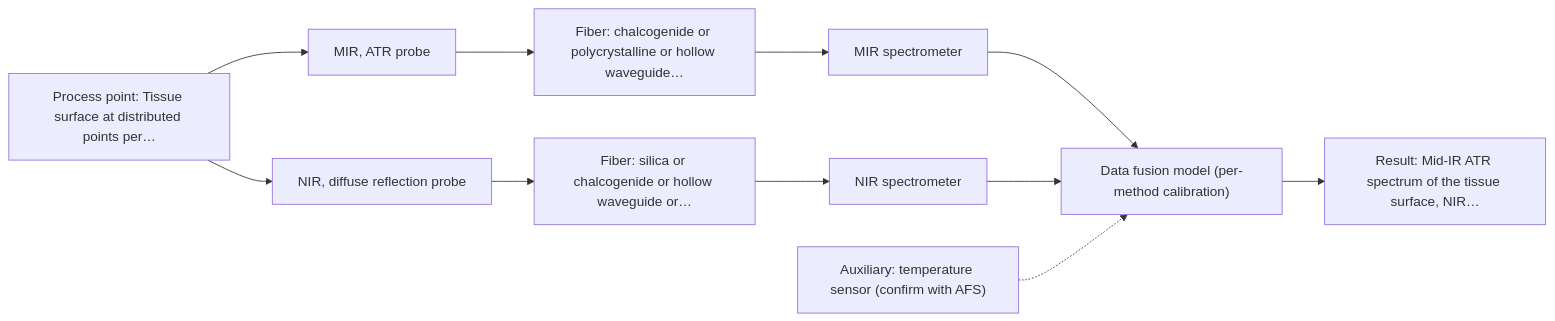
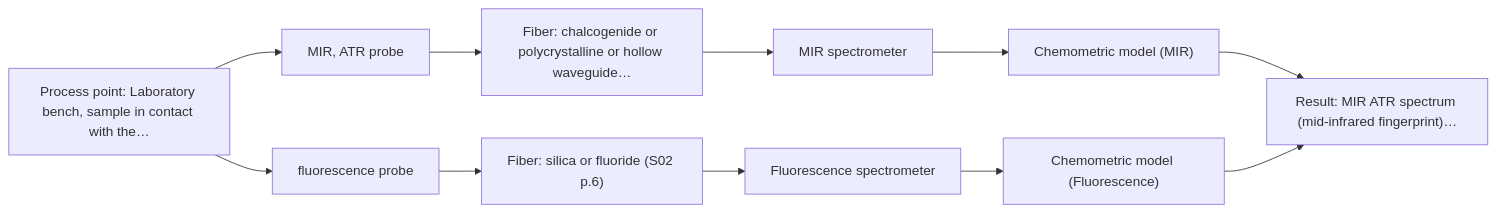
The first of 2 diagrams in outputs/dev/D08.md (sleipnir029/Afs-Spectroscopy-Assistant), drawn with Mermaid before and after one commit. The commit also changed other lines of this file and 15 other files, not shown here.

Commit message:
3.R4 dev outputs: 8/8 pass, 0 hard failures, 236/236 citations, 14/14 charts, 8/8 cost classes

````diff
--- a/outputs/dev/D08.md
+++ b/outputs/dev/D08.md
@@ -36,23 +36,23 @@
 ```mermaid
 flowchart LR
-    proc["Process point: Tissue surface at distributed points per…"]
+    proc["Process point: Laboratory bench, sample in contact with the…"]
     probe1["MIR, ATR probe"]
     fiber1["Fiber: chalcogenide or polycrystalline or hollow waveguide…"]
     spec1["MIR spectrometer"]
-    probe2["NIR, diffuse reflection probe"]
-    fiber2["Fiber: silica or chalcogenide or hollow waveguide or…"]
-    spec2["NIR spectrometer"]
-    model["Data fusion model (per-method calibration)"]
-    result["Result: Mid-IR ATR spectrum of the tissue surface, NIR…"]
-    aux1["Auxiliary: temperature sensor (confirm with AFS)"]
+    model1["Chemometric model (MIR)"]
+    probe2["fluorescence probe"]
+    fiber2["Fiber: silica or fluoride (S02 p.6)"]
+    spec2["Fluorescence spectrometer"]
+    model2["Chemometric model (Fluorescence)"]
+    result["Result: MIR ATR spectrum (mid-infrared fingerprint)…"]
     proc --> probe1
     probe1 --> fiber1
     fiber1 --> spec1
-    spec1 --> model
+    spec1 --> model1
     proc --> probe2
     probe2 --> fiber2
     fiber2 --> spec2
-    spec2 --> model
-    model --> result
-    aux1 -.-> model
+    spec2 --> model2
+    model1 --> result
+    model2 --> result
 ```
````
